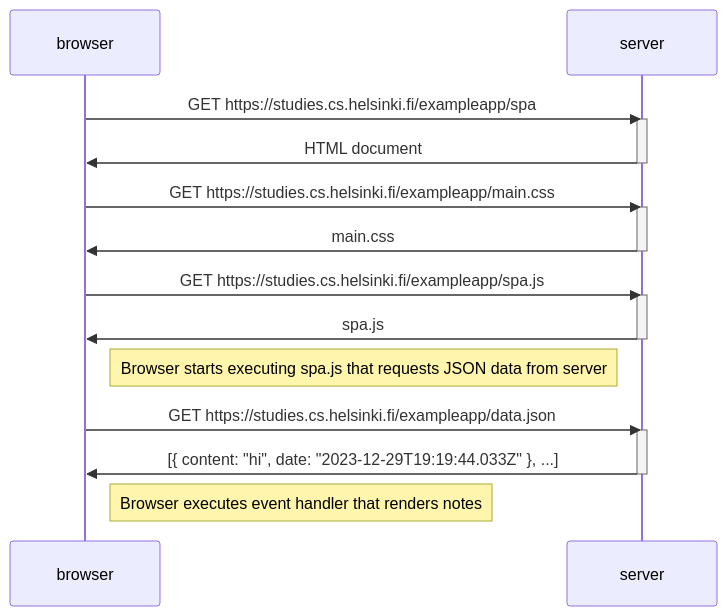
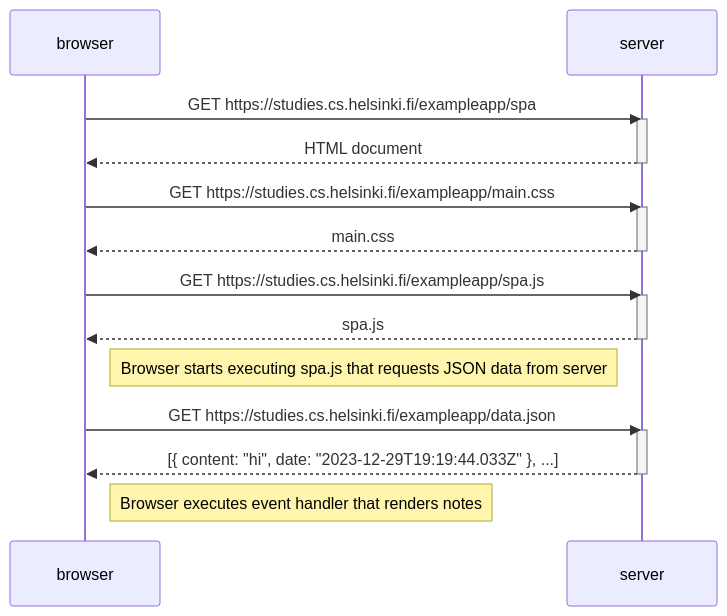
The diagram in part0/0.5.md (feelware/fullstackopen), drawn with Mermaid before and after one commit. The commit also changed 2 other files, not shown here.

Commit message:
fix: server -> browser solid arrows to dotted

````diff
--- a/part0/0.5.md
+++ b/part0/0.5.md
@@ -1,29 +1,29 @@
 ```mermaid
 sequenceDiagram
     participant browser
     participant server
 
     browser->>server: GET https://studies.cs.helsinki.fi/exampleapp/spa
     activate server
-    server->>browser: HTML document
+    server-->>browser: HTML document
     deactivate server
 
     browser->>server: GET https://studies.cs.helsinki.fi/exampleapp/main.css
     activate server
-    server->>browser: main.css
+    server-->>browser: main.css
     deactivate server
 
     browser->>server: GET https://studies.cs.helsinki.fi/exampleapp/spa.js
     activate server
-    server->>browser: spa.js
+    server-->>browser: spa.js
     deactivate server
 
     Note right of browser: Browser starts executing spa.js that requests JSON data from server
 
     browser->>server: GET https://studies.cs.helsinki.fi/exampleapp/data.json
     activate server
-    server->>browser: [{ content: "hi", date: "2023-12-29T19:19:44.033Z" }, ...]
+    server-->>browser: [{ content: "hi", date: "2023-12-29T19:19:44.033Z" }, ...]
     deactivate server
 
     Note right of browser: Browser executes event handler that renders notes
 ```
````
